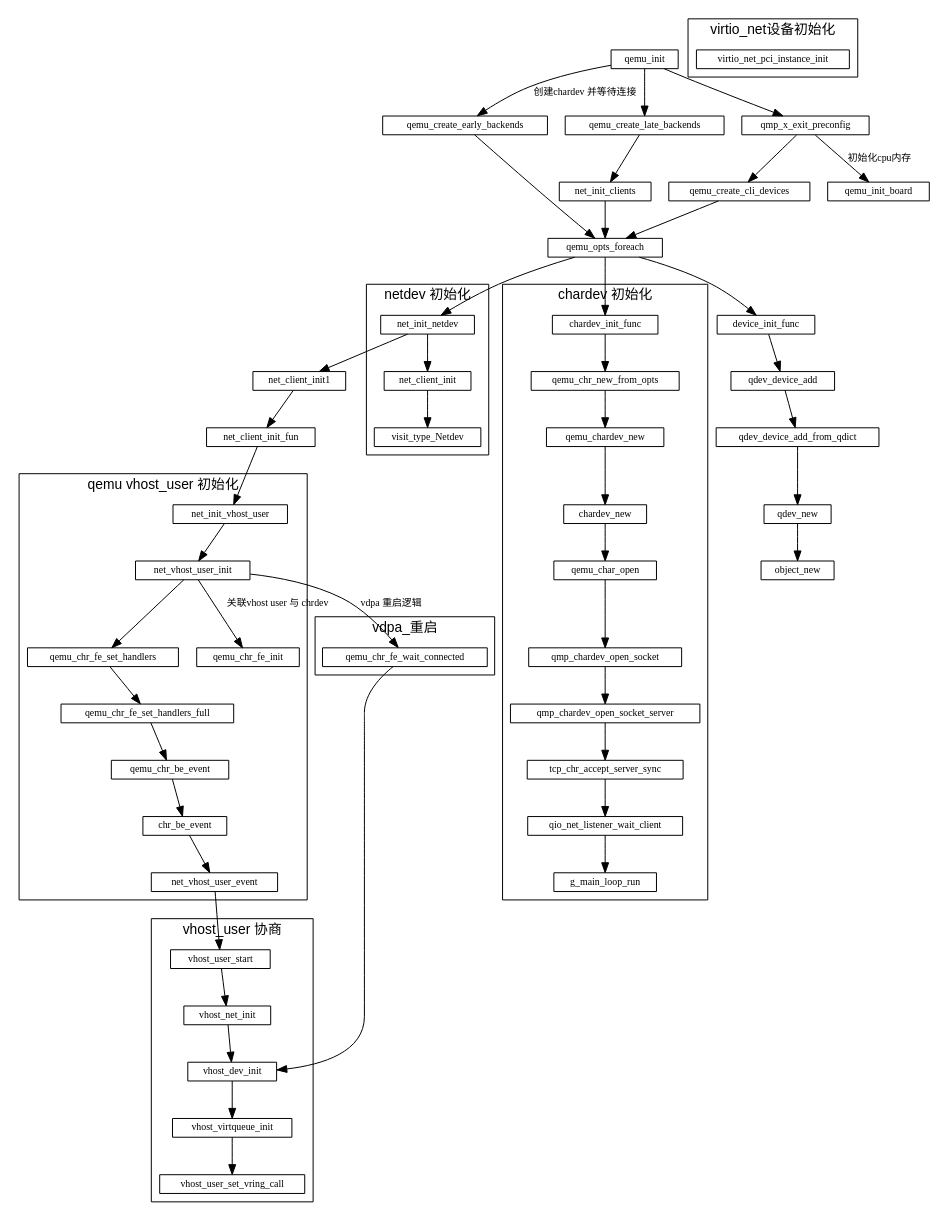
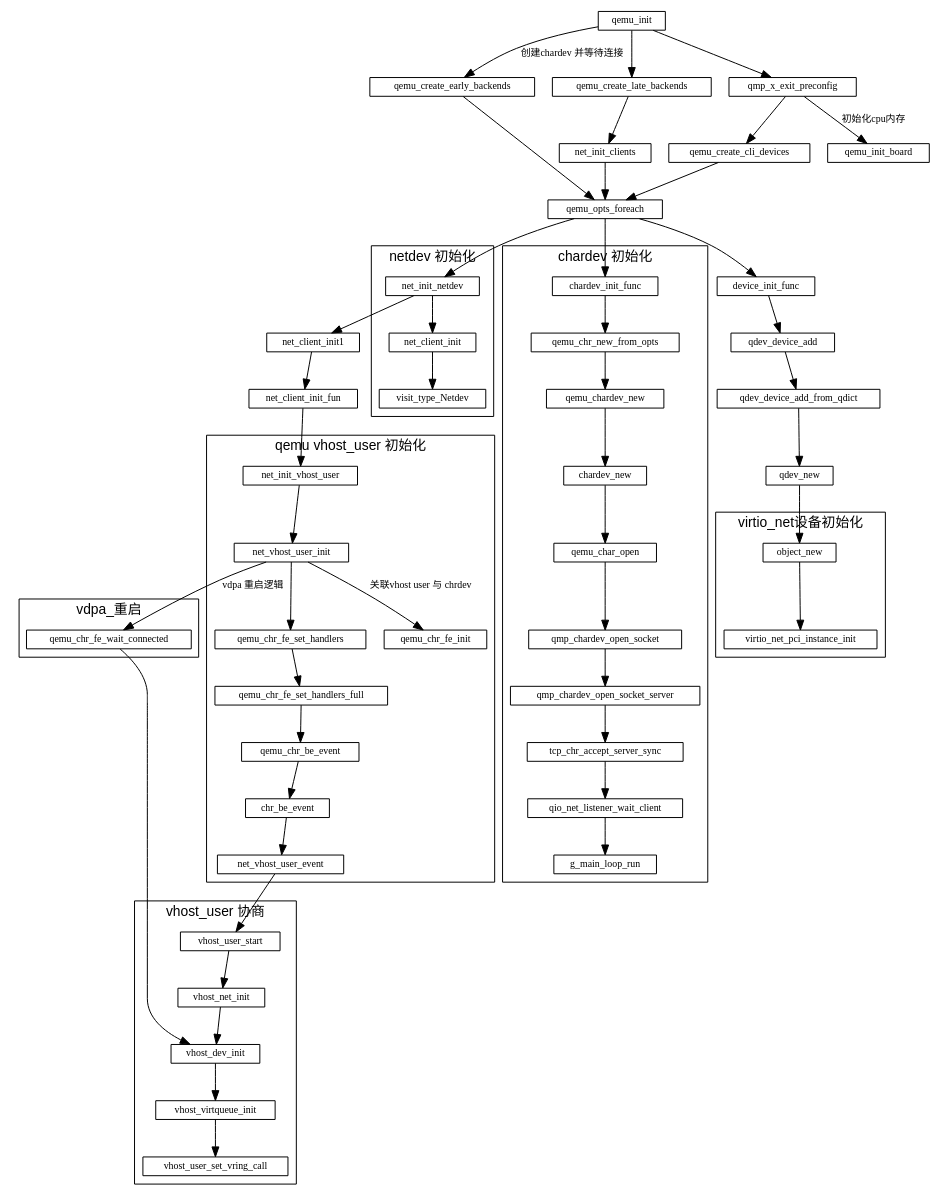
One commit to sisyphus1212/note changed the diagram in qemu/qemu初始化.md. Above: the diagram before and after it, drawn with Graphviz.

Commit message:
auto_update

```diff
--- a/qemu/qemu初始化.md
+++ b/qemu/qemu初始化.md
@@ -43,6 +43,7 @@
     subgraph virtio_net_init {
         label="virtio_net设备初始化";
         cluster=true;
+        object_new ->
         virtio_net_pci_instance_init
     }
 
```
